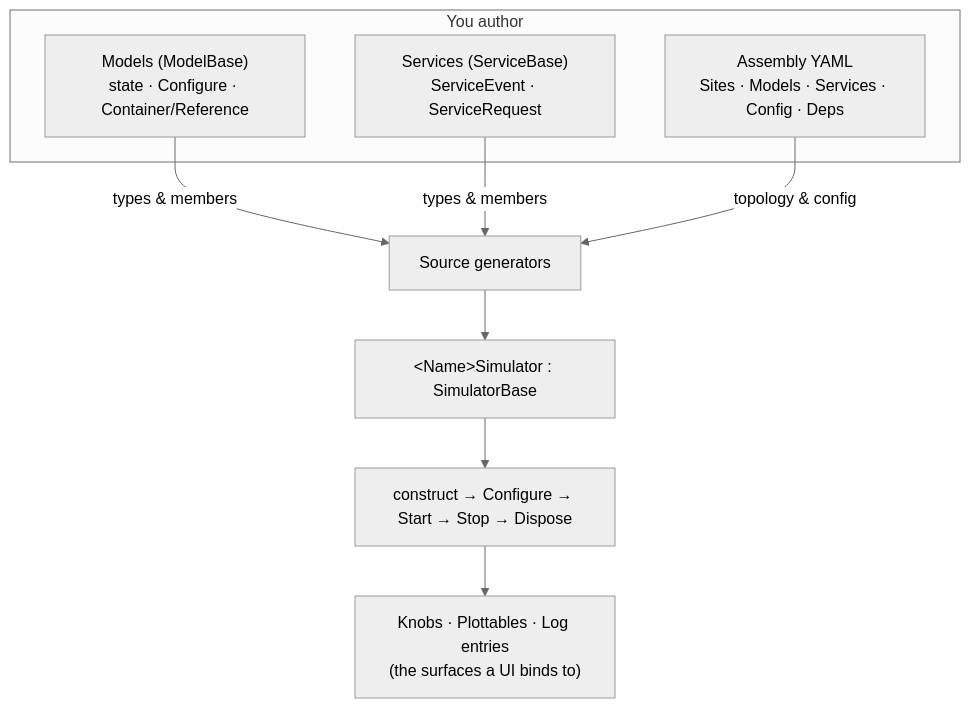
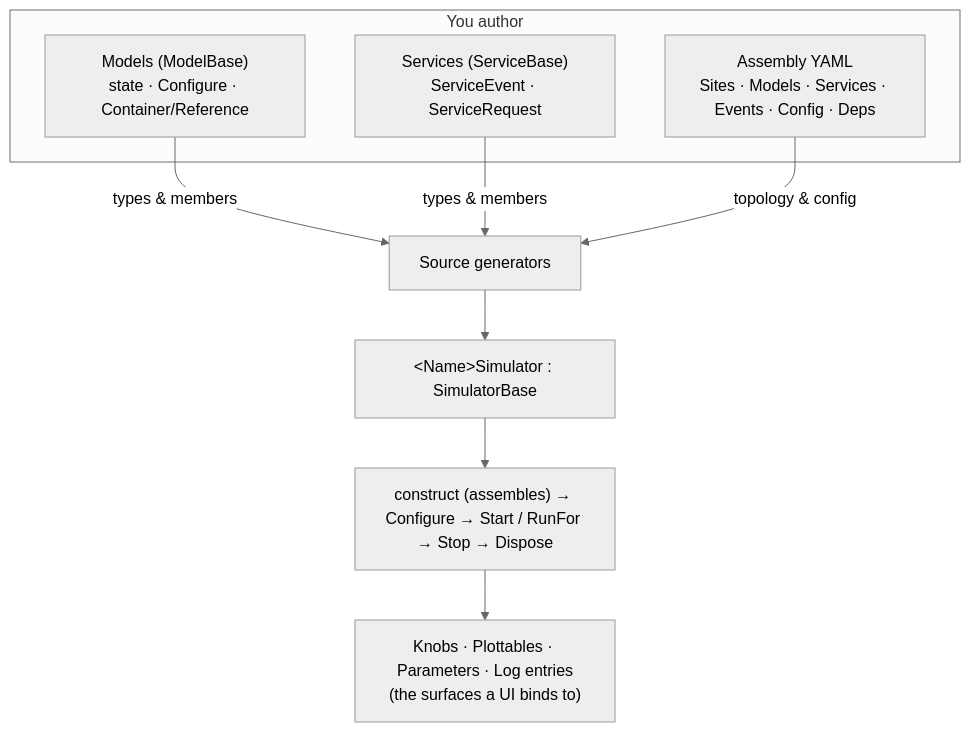
One commit to SimulaSharp-org/simulasharp-docs changed the second of 2 diagrams in public/content/authoring-model.md. Above: the diagram before and after it, drawn with Mermaid (neutral theme). The commit also changed other lines of this file and 3 other files, not shown here.

````diff
--- a/public/content/authoring-model.md
+++ b/public/content/authoring-model.md
@@ -181,14 +191,14 @@
 ```mermaid
 flowchart TB
   subgraph you["You author"]
     MODELS["Models (ModelBase)<br/>state · Configure · Container/Reference"]
     SVCS["Services (ServiceBase)<br/>ServiceEvent · ServiceRequest"]
-    ASM["Assembly YAML<br/>Sites · Models · Services · Config · Deps"]
+    ASM["Assembly YAML<br/>Sites · Models · Services · Events · Config · Deps"]
   end
   MODELS -->|"types & members"| GEN
   SVCS -->|"types & members"| GEN
   ASM -->|"topology & config"| GEN
   GEN["Source generators"] --> OUT["&lt;Name&gt;Simulator : SimulatorBase"]
-  OUT --> LIFE["construct → Configure → Start → Stop → Dispose"]
-  LIFE --> OBS["Knobs · Plottables · Log entries<br/>(the surfaces a UI binds to)"]
+  OUT --> LIFE["construct (assembles) → Configure → Start / RunFor → Stop → Dispose"]
+  LIFE --> OBS["Knobs · Plottables · Parameters · Log entries<br/>(the surfaces a UI binds to)"]
 ```
````
